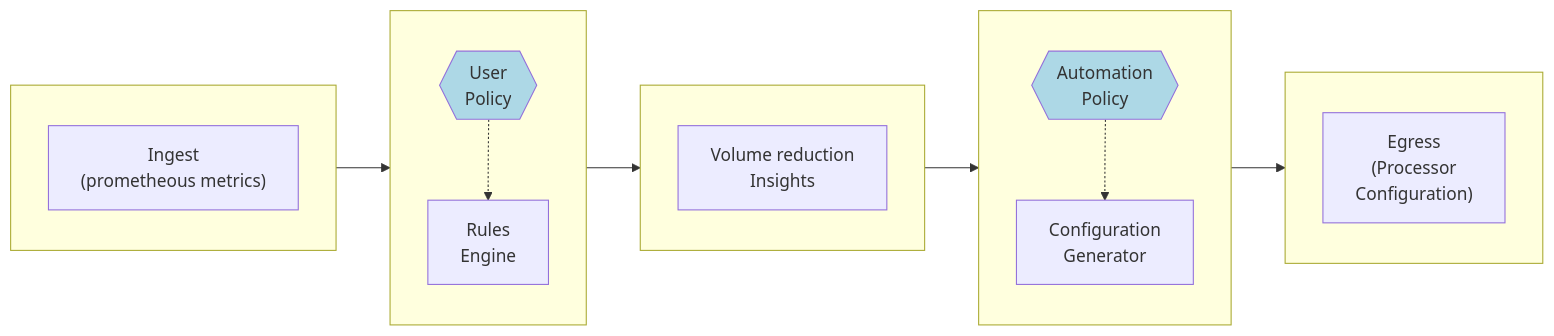
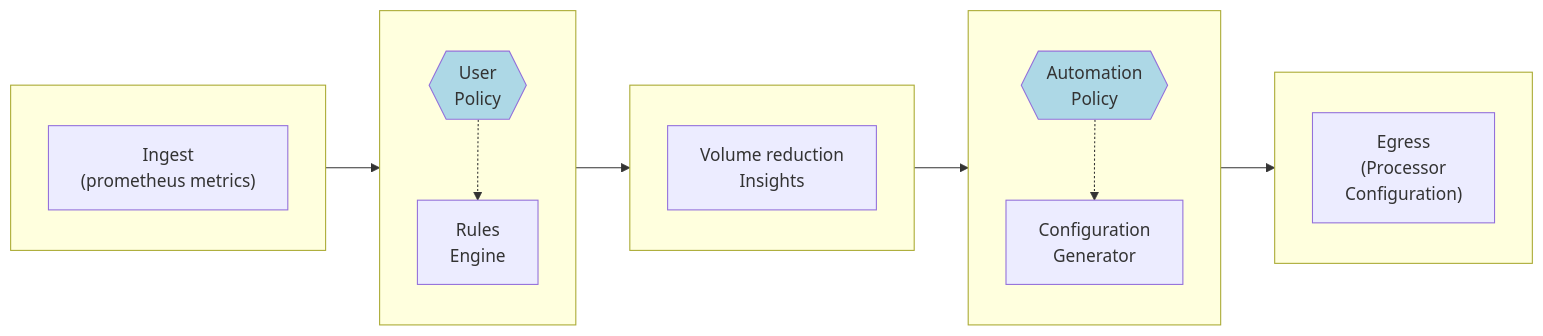
The first of 2 diagrams in controller/docs/architecture.md (observ-vol-mgt/observ-vol-mgt), drawn with Mermaid before and after one commit. The commit also changed other lines of this file, not shown here.

Commit message:
simple pipeline mermaid

````diff
--- a/controller/docs/architecture.md
+++ b/controller/docs/architecture.md
@@ -20,32 +22,32 @@
 ```mermaid
 flowchart LR
     direction TB
     subgraph Ingress[" "]
         direction TB
-        Ingress-Node["Ingest\n(prometheous metrics)"]
+        Ingress-Node["Ingest\n(prometheus metrics)"]
     end
     subgraph User[" "]
         direction TB
         User-Policy{{"User\nPolicy"}}
         User-Policy:::policyclass
         User-Node["Rules\nEngine"]
         User-Policy-.->User-Node
     end
     subgraph Insights[" "]
         direction TB
         Insights-Node["Volume reduction\nInsights"]
     end   
     subgraph Automation[" "]
         direction TB
         Automation-Policy{{"Automation\nPolicy"}}
         Automation-Policy:::policyclass
         Automation-Node["Configuration\nGenerator"]
         Automation-Policy-.->Automation-Node
     end
     subgraph Egress[" "]
         direction TB
         Egress-Node["Egress\n(Processor\nConfiguration)"]
     end     
 classDef policyclass fill:lightblue    
 Ingress --> User --> Insights --> Automation --> Egress
 ```
````
